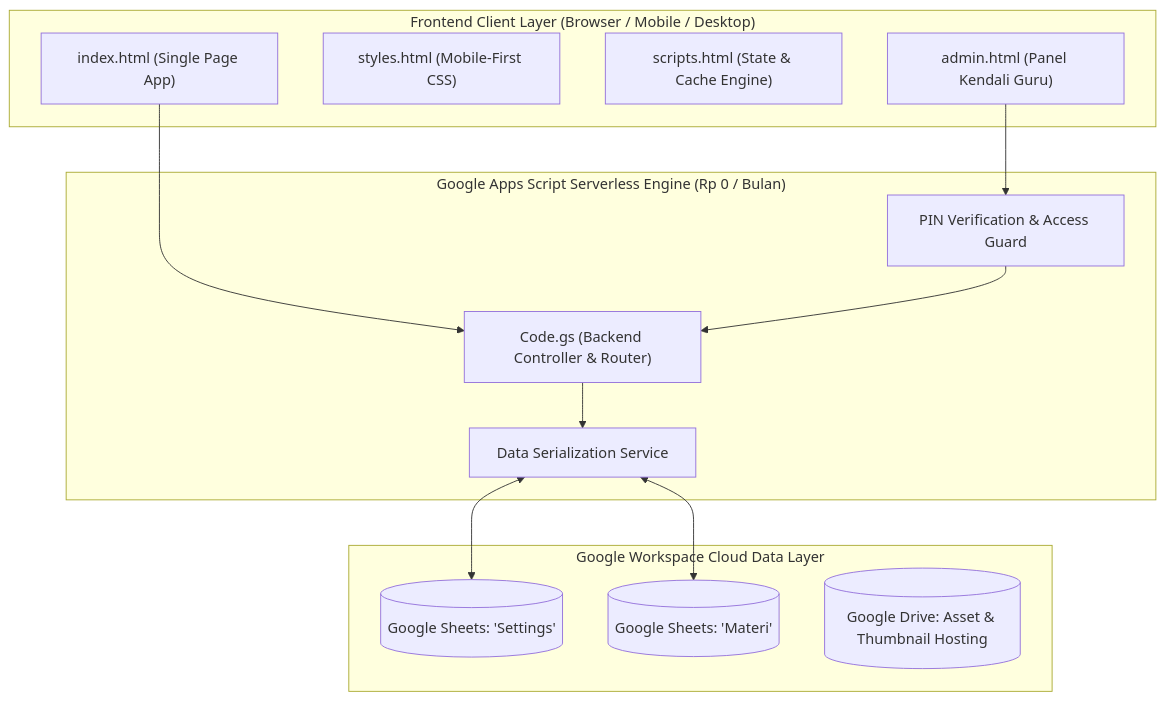
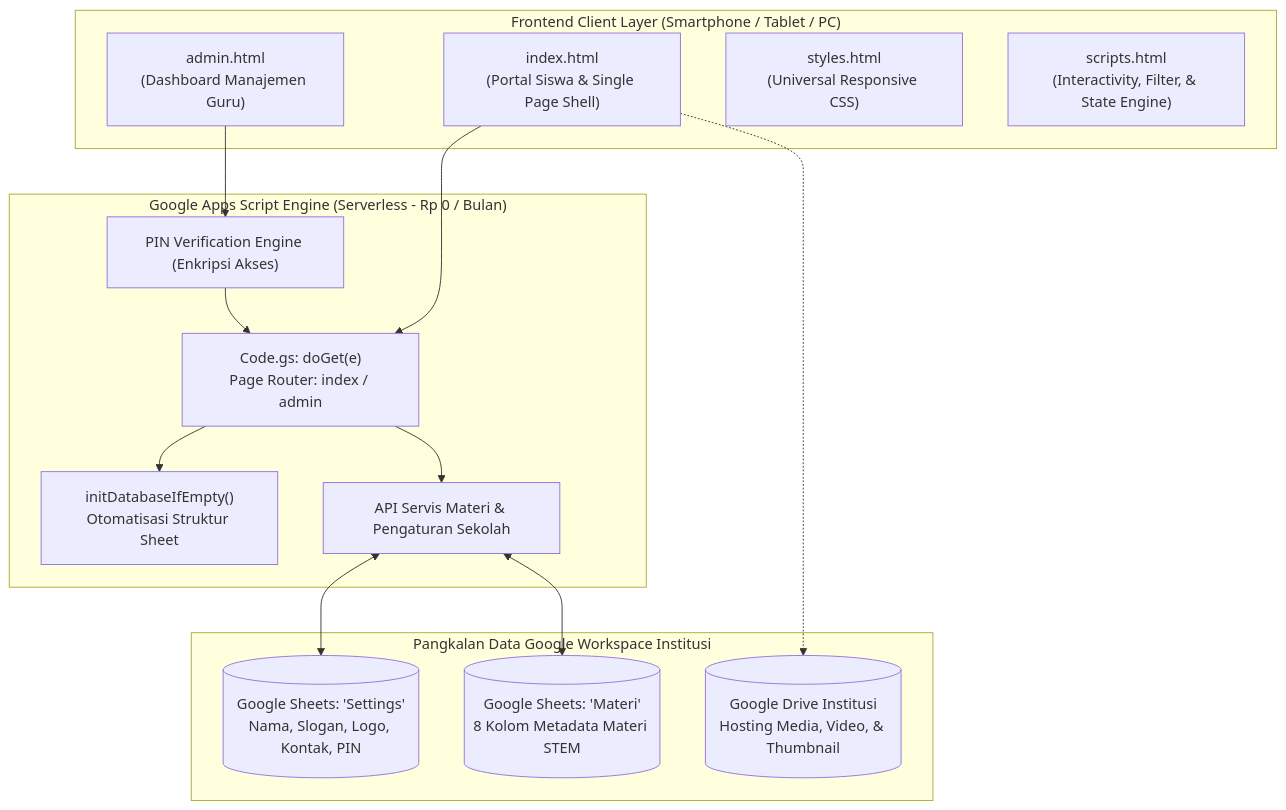
Before and after one commit to antsig/stmsites: the first of 2 diagrams in docs/01-proposals/PROPOSAL-PENAWARAN-DAN-RENCANA-PENGEMBANGAN-PORTAL-STEM.md, drawn with Mermaid. The commit also changed other lines of this file and 2 other files, not shown here.

Commit message:
docs(proposal): selaraskan proposal dengan kondisi nyata v1.4.3 tanpa roadmap masa depan

````diff
--- a/docs/01-proposals/PROPOSAL-PENAWARAN-DAN-RENCANA-PENGEMBANGAN-PORTAL-STEM.md
+++ b/docs/01-proposals/PROPOSAL-PENAWARAN-DAN-RENCANA-PENGEMBANGAN-PORTAL-STEM.md
@@ -38,28 +39,31 @@
 ```mermaid
 graph TD
-    subgraph ClientLayer["Frontend Client Layer (Browser / Mobile / Desktop)"]
-        UI["index.html (Single Page App)"]
-        CSS["styles.html (Mobile-First CSS)"]
-        JS["scripts.html (State & Cache Engine)"]
-        ADMIN["admin.html (Panel Kendali Guru)"]
+    subgraph ClientLayer["Frontend Client Layer (Smartphone / Tablet / PC)"]
+        UI["index.html<br>(Portal Siswa & Single Page Shell)"]
+        ADMIN["admin.html<br>(Dashboard Manajemen Guru)"]
+        CSS["styles.html<br>(Universal Responsive CSS)"]
+        JS["scripts.html<br>(Interactivity, Filter, & State Engine)"]
     end
 
-    subgraph GoogleCloudLayer["Google Apps Script Serverless Engine (Rp 0 / Bulan)"]
-        CODE["Code.gs (Backend Controller & Router)"]
-        AUTH["PIN Verification & Access Guard"]
-        DATA_SVC["Data Serialization Service"]
+    subgraph BackendLayer["Google Apps Script Engine (Serverless - Rp 0 / Bulan)"]
+        ROUTER["Code.gs: doGet(e)<br>Page Router: index / admin"]
+        INIT["initDatabaseIfEmpty()<br>Otomatisasi Struktur Sheet"]
+        CRUD["API Servis Materi & Pengaturan Sekolah"]
+        PIN_SEC["PIN Verification Engine (Enkripsi Akses)"]
     end
 
-    subgraph StorageLayer["Google Workspace Cloud Data Layer"]
-        SHEET1[("Google Sheets: 'Settings'")]
-        SHEET2[("Google Sheets: 'Materi'")]
-        GDRIVE[("Google Drive: Asset & Thumbnail Hosting")]
+    subgraph DataLayer["Pangkalan Data Google Workspace Institusi"]
+        SHEET_SET[("Google Sheets: 'Settings'<br>Nama, Slogan, Logo, Kontak, PIN")]
+        SHEET_MAT[("Google Sheets: 'Materi'<br>8 Kolom Metadata Materi STEM")]
+        GDRIVE[("Google Drive Institusi<br>Hosting Media, Video, & Thumbnail")]
     end
 
-    UI --> CODE
-    ADMIN --> AUTH
-    AUTH --> CODE
-    CODE --> DATA_SVC
-    DATA_SVC <--> SHEET1
-    DATA_SVC <--> SHEET2
+    UI --> ROUTER
+    ADMIN --> PIN_SEC
+    PIN_SEC --> ROUTER
+    ROUTER --> INIT
+    ROUTER --> CRUD
+    CRUD <--> SHEET_SET
+    CRUD <--> SHEET_MAT
+    UI -.-> GDRIVE
 ```
````
